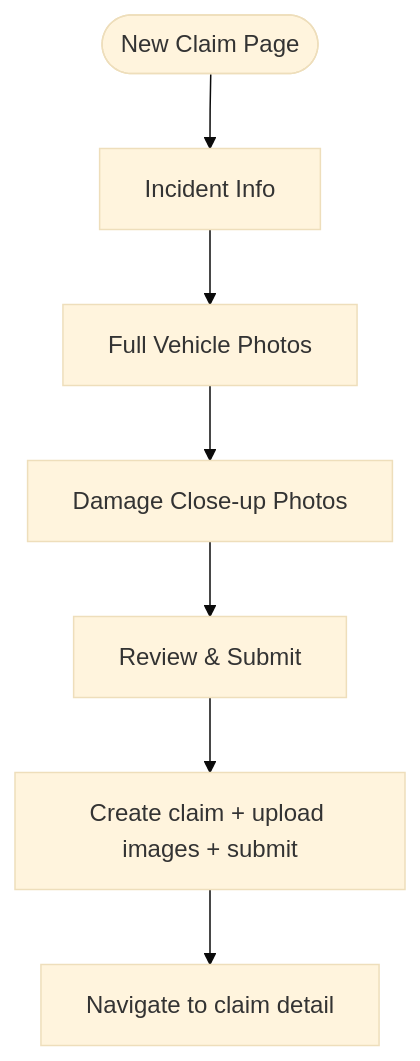
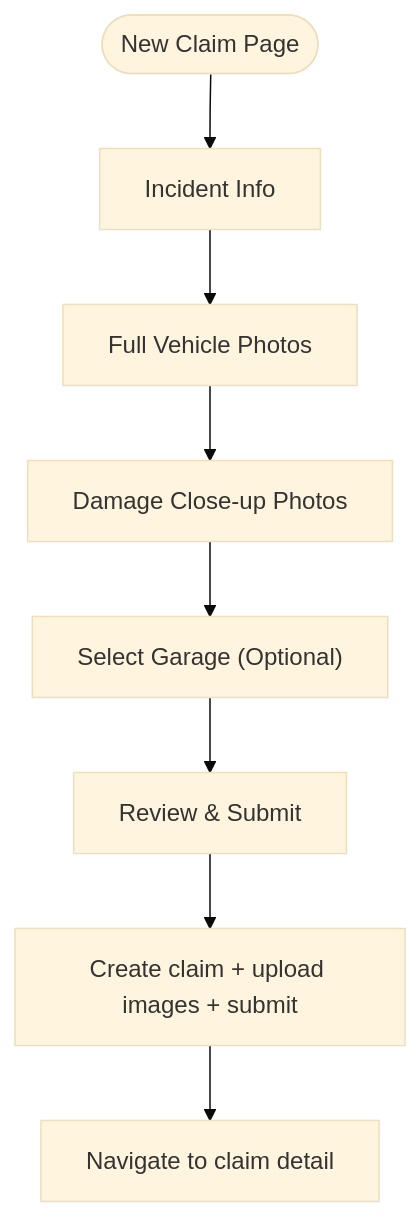
Before and after one commit to NaveenHiranya/Smart-Vehicle-Insurance-Claim-System: the tenth of 12 diagrams in .qoder/repowiki/en/content/Business Logic Layer/Claims Processing Workflow.md, drawn with Mermaid (base theme). The commit also changed other lines of this file and 87 other files, not shown here.

````diff
--- a/.qoder/repowiki/en/content/Business Logic Layer/Claims Processing Workflow.md
+++ b/.qoder/repowiki/en/content/Business Logic Layer/Claims Processing Workflow.md
@@ -297,9 +416,10 @@
 ```mermaid
 flowchart TD
 Start(["New Claim Page"]) --> Step1["Incident Info"]
 Step1 --> Step2["Full Vehicle Photos"]
 Step2 --> Step3["Damage Close-up Photos"]
-Step3 --> Step4["Review & Submit"]
-Step4 --> Submit["Create claim + upload images + submit"]
+Step3 --> Step4["Select Garage (Optional)"]
+Step4 --> Step5["Review & Submit"]
+Step5 --> Submit["Create claim + upload images + submit"]
 Submit --> Navigate["Navigate to claim detail"]
 ```
````
